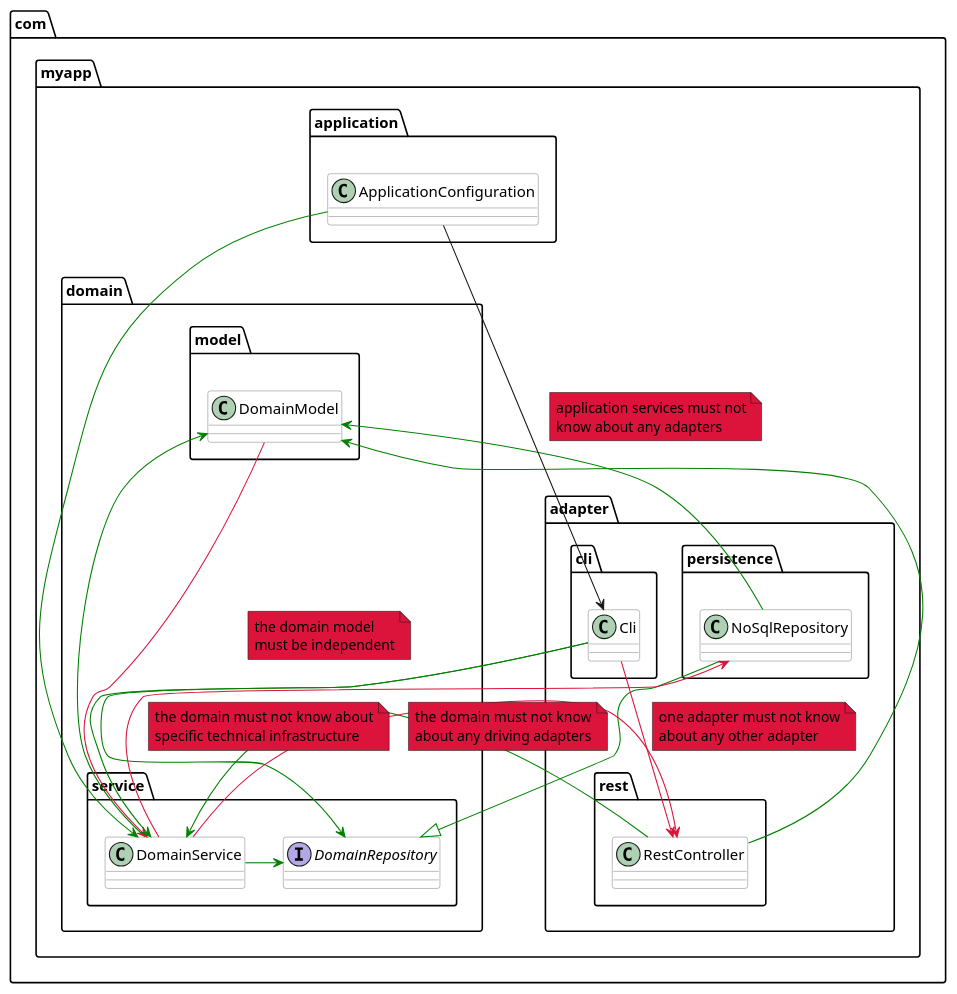
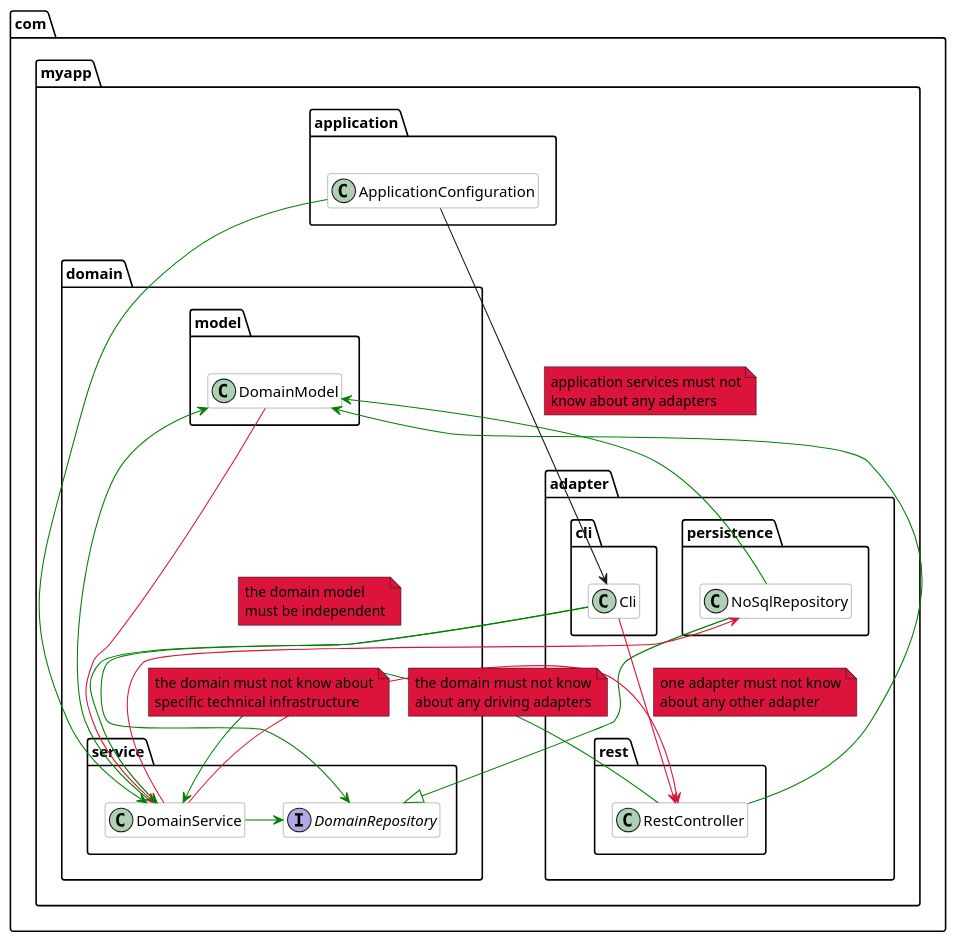
Before and after one commit to TNG/ArchUnit: the first of 5 diagrams in docs/userguide/008_The_Library_API.adoc, drawn with PlantUML. The commit also changed 2 other files, not shown here.

Commit message:
hide empty fields & methods of class diagrams

```diff
--- a/docs/userguide/008_The_Library_API.adoc
+++ b/docs/userguide/008_The_Library_API.adoc
@@ -58,58 +58,61 @@
 [plantuml, "onion-architecture-check", svg, opts=interactive]
 ----
+@startuml
+hide empty members
 skinparam componentStyle uml2
 
 skinparam class {
   BorderColor #grey
   BackgroundColor #white
 }
 
 package com.myapp.domain {
     package model {
         class DomainModel
     }
     package service {
         class DomainService
         interface DomainRepository
     }
 }
 package com.myapp.application {
     class ApplicationConfiguration
 }
 package com.myapp.adapter {
     package cli {
         class Cli
     }
     package persistence {
         class NoSqlRepository
     }
     package rest {
         class RestController
     }
 }
 
 DomainService --> DomainModel #green
 DomainService -right-> DomainRepository #green
 
 ApplicationConfiguration ---> DomainService #green
 Cli --> DomainService #green
 Cli --> DomainRepository #green
 NoSqlRepository --|> DomainRepository #green
 NoSqlRepository --> DomainModel #green
 RestController -> DomainService #green
 RestController --> DomainModel #green
 
 DomainModel ---> DomainService #crimson
 note right on link #crimson: the domain model\nmust be independent
 
 DomainService --> RestController #crimson
 note right on link #crimson: the domain must not know\nabout any driving adapters
 DomainService --> NoSqlRepository #crimson
 note right on link #crimson: the domain must not know about\nspecific technical infrastructure
 
 ApplicationConfiguration ---> Cli
 note right on link #crimson: application services must not\nknow about any adapters
 
 Cli --> RestController #crimson
 note right on link #crimson: one adapter must not know\nabout any other adapter
+@enduml
 ----
```
